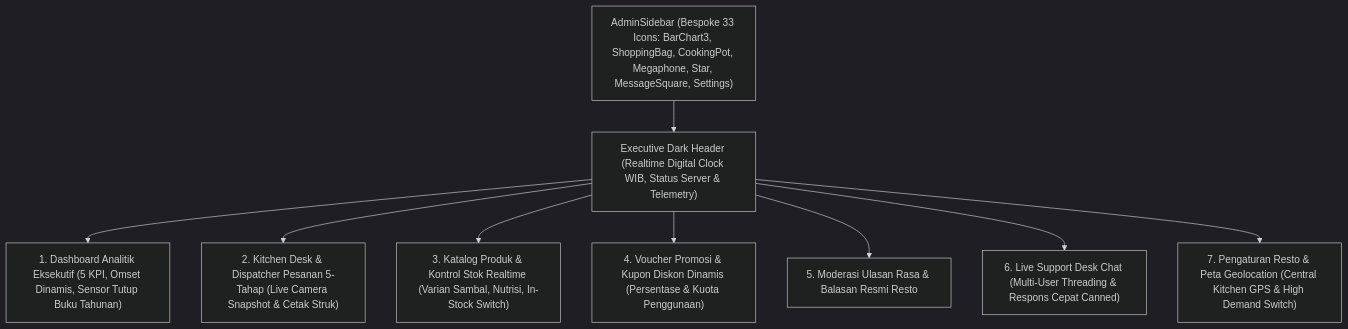
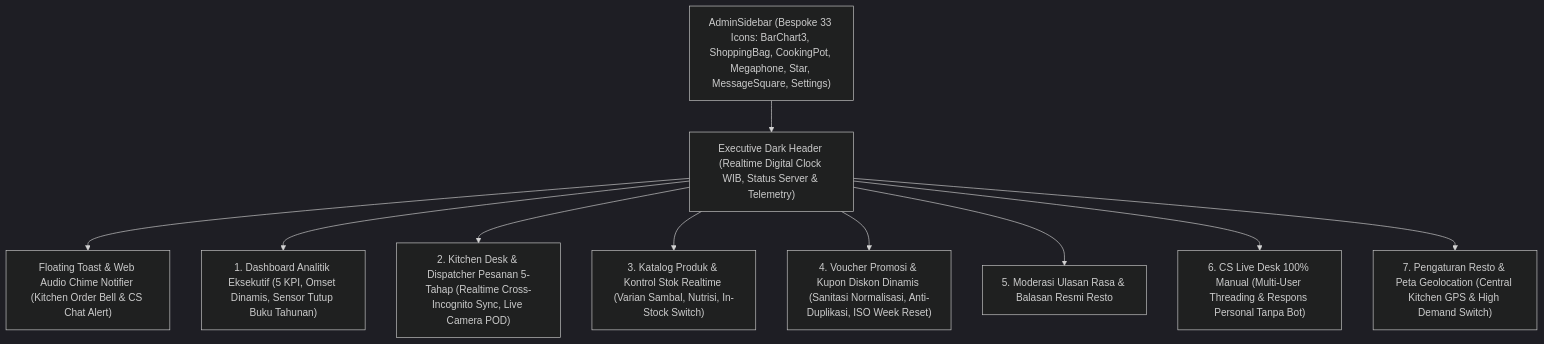
The diagram in nefakky3/docs/DESIGN_ADMIN.md (fatihahmadzakky19/Nefakky3), drawn with Mermaid (dark theme) before and after one commit. The commit also changed other lines of this file and 43 other files, not shown here.

````diff
--- a/nefakky3/docs/DESIGN_ADMIN.md
+++ b/nefakky3/docs/DESIGN_ADMIN.md
@@ -12,12 +12,13 @@
 ```mermaid
 graph TD
     Sidebar["AdminSidebar (Bespoke 33 Icons: BarChart3, ShoppingBag, CookingPot, Megaphone, Star, MessageSquare, Settings)"]
     Sidebar --> Header["Executive Dark Header (Realtime Digital Clock WIB, Status Server & Telemetry)"]
+    Header --> LayoutNotifier["Floating Toast & Web Audio Chime Notifier (Kitchen Order Bell & CS Chat Alert)"]
     Header --> Tab1["1. Dashboard Analitik Eksekutif (5 KPI, Omset Dinamis, Sensor Tutup Buku Tahunan)"]
-    Header --> Tab2["2. Kitchen Desk & Dispatcher Pesanan 5-Tahap (Live Camera Snapshot & Cetak Struk)"]
+    Header --> Tab2["2. Kitchen Desk & Dispatcher Pesanan 5-Tahap (Realtime Cross-Incognito Sync, Live Camera POD)"]
     Header --> Tab3["3. Katalog Produk & Kontrol Stok Realtime (Varian Sambal, Nutrisi, In-Stock Switch)"]
-    Header --> Tab4["4. Voucher Promosi & Kupon Diskon Dinamis (Persentase & Kuota Penggunaan)"]
+    Header --> Tab4["4. Voucher Promosi & Kupon Diskon Dinamis (Sanitasi Normalisasi, Anti-Duplikasi, ISO Week Reset)"]
     Header --> Tab5["5. Moderasi Ulasan Rasa & Balasan Resmi Resto"]
-    Header --> Tab6["6. Live Support Desk Chat (Multi-User Threading & Respons Cepat Canned)"]
+    Header --> Tab6["6. CS Live Desk 100% Manual (Multi-User Threading & Respons Personal Tanpa Bot)"]
     Header --> Tab7["7. Pengaturan Resto & Peta Geolocation (Central Kitchen GPS & High Demand Switch)"]
 ```
````
